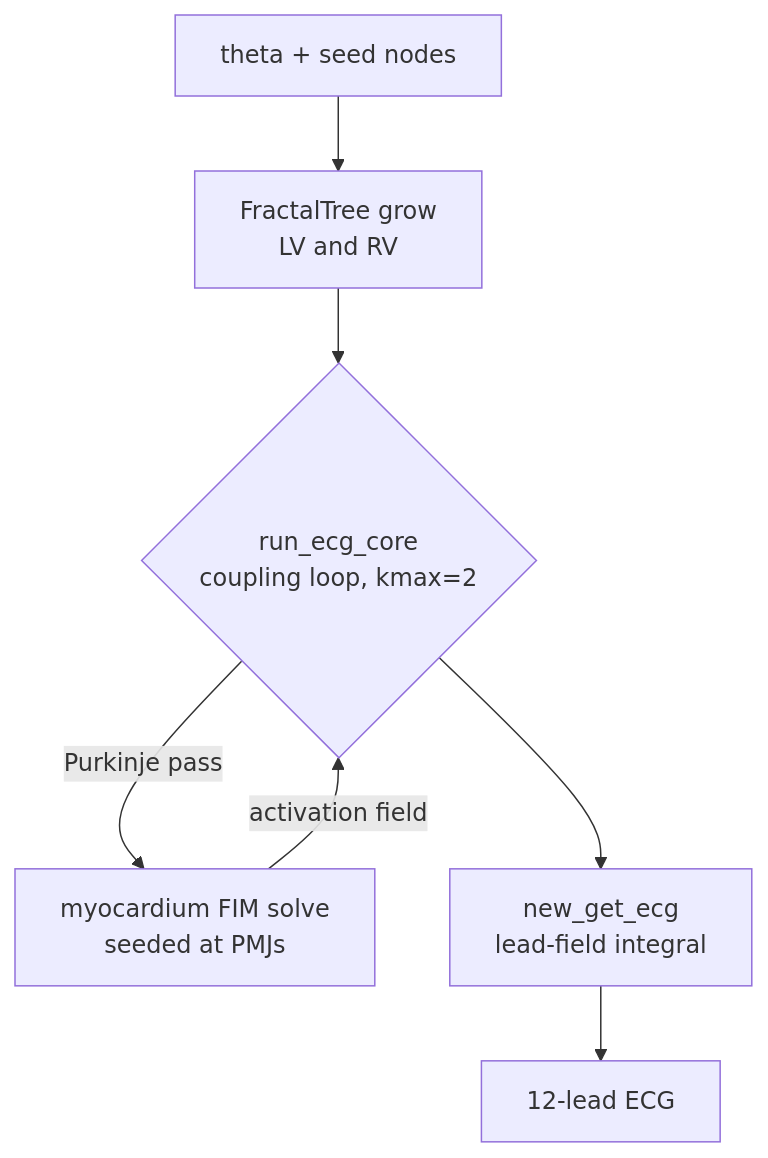
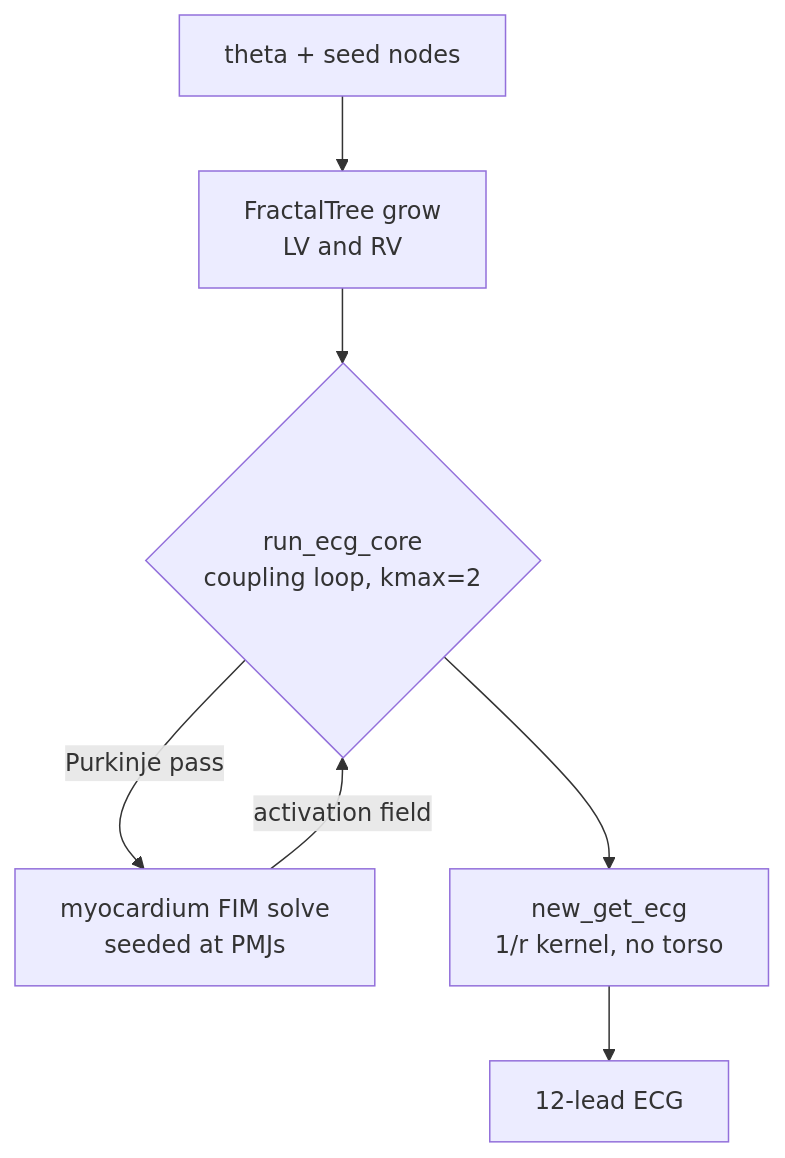
One commit to ricardogr07/ecg-purkinje-npe changed the second of 5 diagrams in docs/architecture.md. Above: the diagram before and after it, drawn with Mermaid. The commit also changed other lines of this file and 10 other files, not shown here.

````diff
--- a/docs/architecture.md
+++ b/docs/architecture.md
@@ -46,9 +46,9 @@
 ```mermaid
 flowchart TD
   TH["theta + seed nodes"] --> GT["FractalTree grow<br/>LV and RV"]
   GT --> CL{"run_ecg_core<br/>coupling loop, kmax=2"}
   CL -->|"Purkinje pass"| MY["myocardium FIM solve<br/>seeded at PMJs"]
   MY -->|"activation field"| CL
-  CL --> LF["new_get_ecg<br/>lead-field integral"]
+  CL --> LF["new_get_ecg<br/>1/r kernel, no torso"]
   LF --> ECG["12-lead ECG"]
 ```
````
